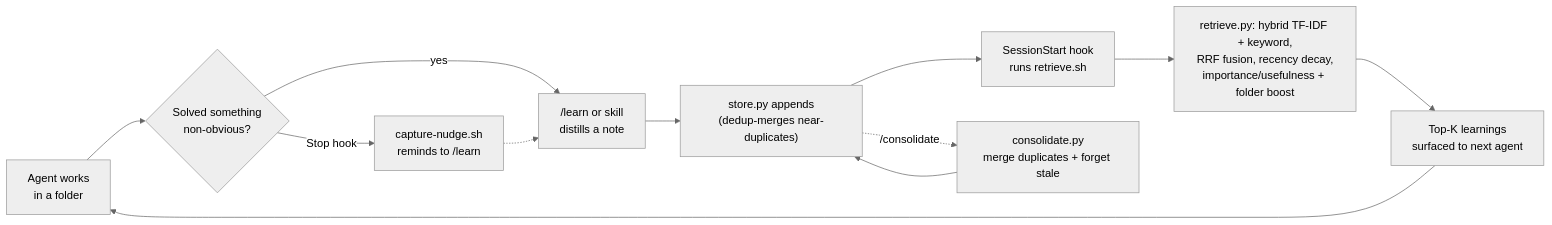
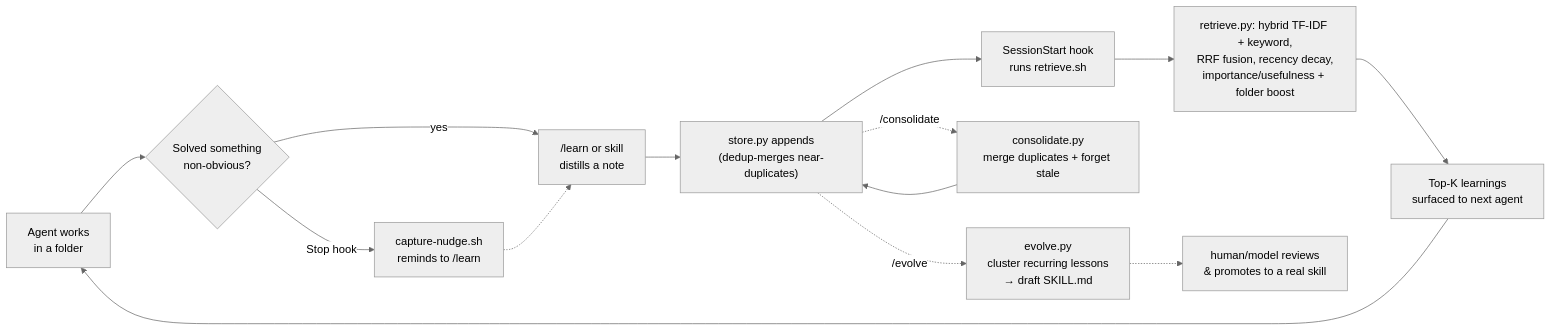
Before and after one commit to matthews-wong/claude-code-plugins: the diagram in plugins/knowledge-loop/README.md, drawn with Mermaid (neutral theme). The commit also changed other lines of this file and 14 other files, not shown here.

Commit message:
knowledge-loop v1.2: confidence scoring + /evolve (learnings→skill); ignore pycache

````diff
--- a/plugins/knowledge-loop/README.md
+++ b/plugins/knowledge-loop/README.md
@@ -23,14 +27,16 @@
 ```mermaid
 flowchart LR
     A[Agent works<br/>in a folder] --> B{Solved something<br/>non-obvious?}
     B -- yes --> C["/learn or skill<br/>distills a note"]
     C --> D["store.py appends<br/>(dedup-merges near-duplicates)"]
     B -- "Stop hook" --> N[capture-nudge.sh<br/>reminds to /learn]
     N -.-> C
     D --> E[SessionStart hook<br/>runs retrieve.sh]
     E --> F["retrieve.py: hybrid TF-IDF + keyword,<br/>RRF fusion, recency decay,<br/>importance/usefulness + folder boost"]
     F --> G[Top-K learnings<br/>surfaced to next agent]
     G --> A
     D -. "/consolidate" .-> K[consolidate.py<br/>merge duplicates + forget stale]
     K --> D
+    D -. "/evolve" .-> V[evolve.py<br/>cluster recurring lessons<br/>→ draft SKILL.md]
+    V -.-> W[human/model reviews<br/>& promotes to a real skill]
 ```
````
